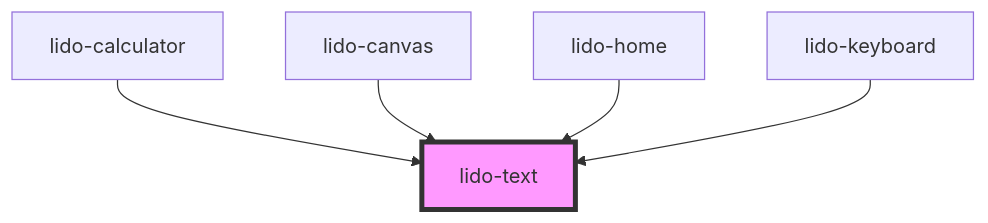
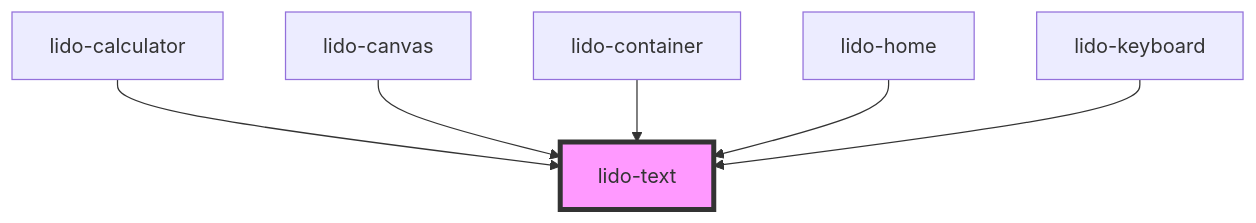
The diagram in src/components/text/readme.md (chimple/lido-player), drawn with Mermaid before and after one commit. The commit also changed other lines of this file and 9 other files, not shown here.

````diff
--- a/src/components/text/readme.md
+++ b/src/components/text/readme.md
@@ -57,8 +58,9 @@
 ```mermaid
 graph TD;
   lido-calculator --> lido-text
   lido-canvas --> lido-text
+  lido-container --> lido-text
   lido-home --> lido-text
   lido-keyboard --> lido-text
   style lido-text fill:#f9f,stroke:#333,stroke-width:4px
 ```
````
